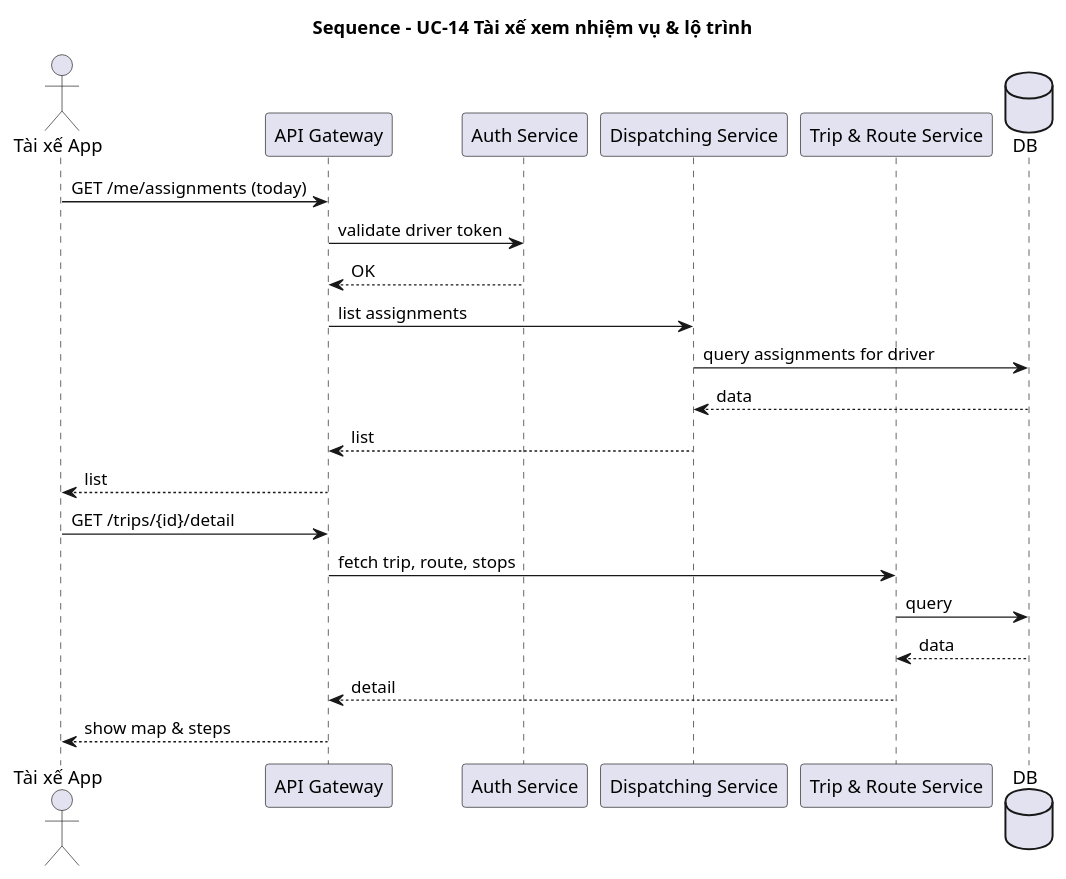
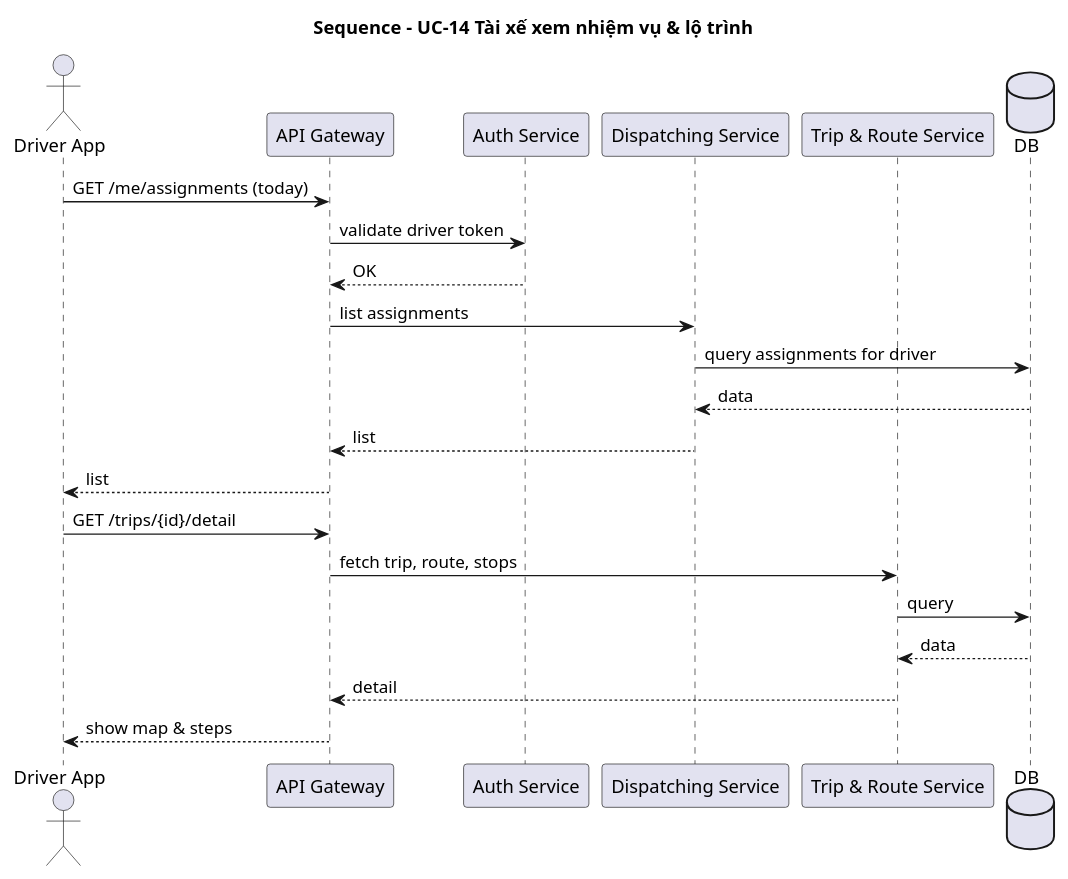
The diagram in docs/uml/sequence/sequence_uc14_driver_view_assignments.puml (phuongbv00/hust-bus-stop), drawn with PlantUML before and after one commit. The commit also changed 5 other files, not shown here.

Commit message:
docs: update diagrams

```diff
--- a/docs/uml/sequence/sequence_uc14_driver_view_assignments.puml
+++ b/docs/uml/sequence/sequence_uc14_driver_view_assignments.puml
@@ -1,25 +1,25 @@
 @startuml
 title Sequence - UC-14 Tài xế xem nhiệm vụ & lộ trình
-actor "Tài xế App" as DriverApp
+actor "Driver App" as DriverApp
 participant "API Gateway" as API
 participant "Auth Service" as Auth
 participant "Dispatching Service" as Dispatch
 participant "Trip & Route Service" as TripSvc
 database "DB" as DB
 
 DriverApp -> API : GET /me/assignments (today)
 API -> Auth : validate driver token
 Auth --> API : OK
 API -> Dispatch : list assignments
 Dispatch -> DB : query assignments for driver
 DB --> Dispatch : data
 Dispatch --> API : list
 API --> DriverApp : list
 
 DriverApp -> API : GET /trips/{id}/detail
 API -> TripSvc : fetch trip, route, stops
 TripSvc -> DB : query
 DB --> TripSvc : data
 TripSvc --> API : detail
 API --> DriverApp : show map & steps
 @enduml
```
